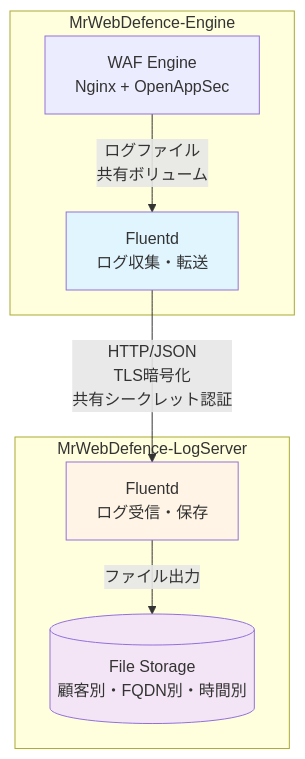
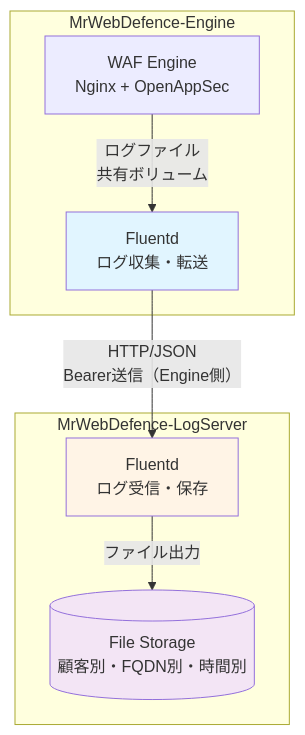
Before and after one commit to kencom2400/MrWebDefence-LogServer: the first of 2 diagrams in docs/design/MWD-53-log-collection.md, drawn with Mermaid. The commit also changed other lines of this file and 24 other files, not shown here.

````diff
--- a/docs/design/MWD-53-log-collection.md
+++ b/docs/design/MWD-53-log-collection.md
@@ -104,21 +103,21 @@
 ```mermaid
 graph TB
     subgraph Engine["MrWebDefence-Engine"]
         WAF[WAF Engine<br/>Nginx + OpenAppSec]
         EngineFluentd[Fluentd<br/>ログ収集・転送]
         WAF -->|ログファイル<br/>共有ボリューム| EngineFluentd
     end
     
     subgraph LogServer["MrWebDefence-LogServer"]
         ServerFluentd[Fluentd<br/>ログ受信・保存]
         Storage[(File Storage<br/>顧客別・FQDN別・時間別)]
         
         ServerFluentd -->|ファイル出力| Storage
     end
     
-    EngineFluentd -->|"HTTP/JSON<br/>TLS暗号化<br/>共有シークレット認証"| ServerFluentd
+    EngineFluentd -->|"HTTP/JSON<br/>Bearer送信（Engine側）"| ServerFluentd
     
     style EngineFluentd fill:#e1f5ff
     style ServerFluentd fill:#fff4e6
     style Storage fill:#f3e5f5
 ```
````
